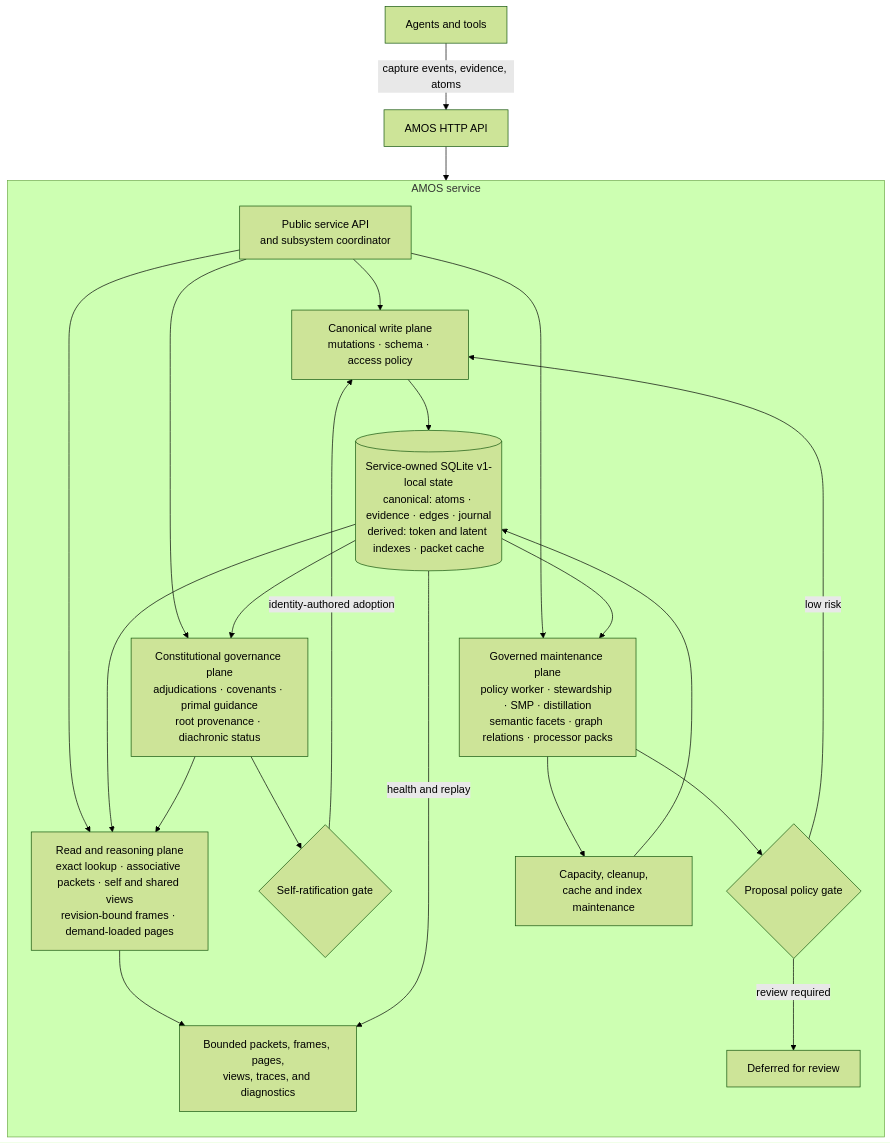
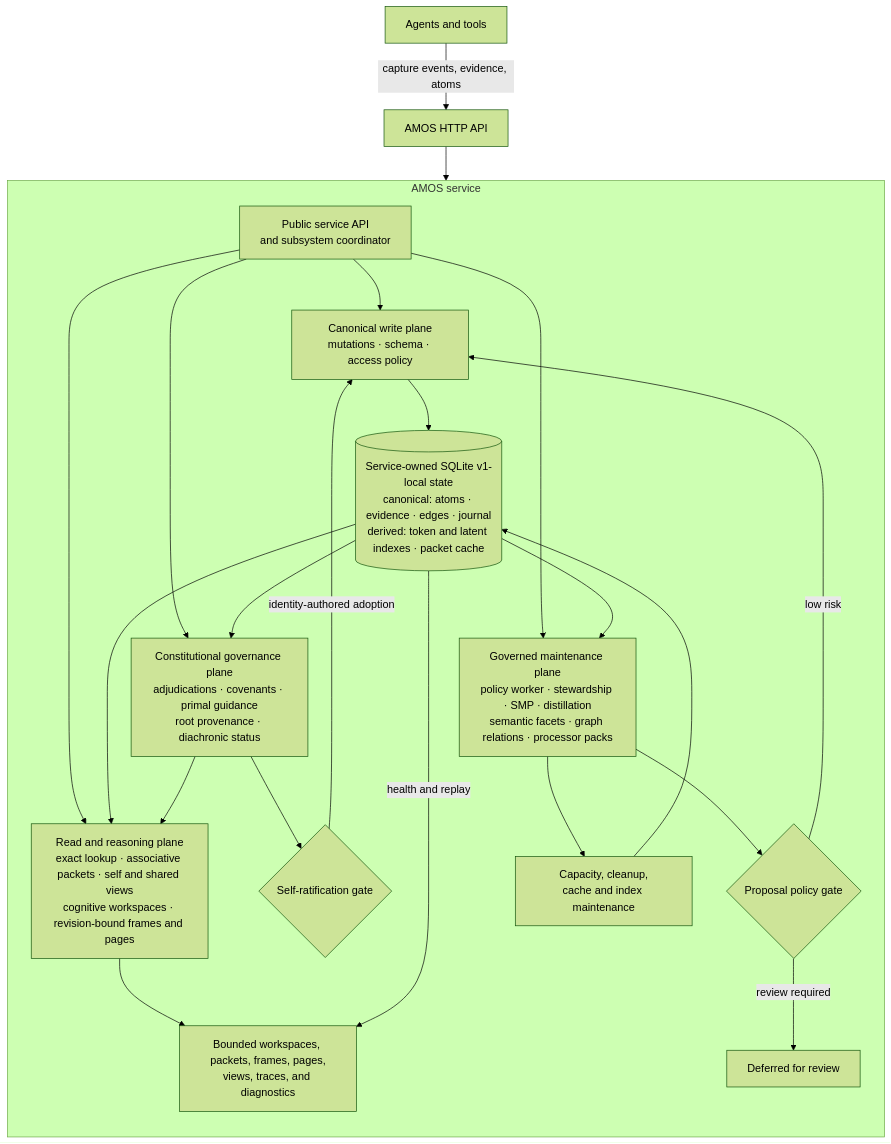
One commit to adegany/amos changed the diagram in README.md. Above: the diagram before and after it, drawn with Mermaid (forest theme). The commit also changed other lines of this file and 26 other files, not shown here.

````diff
--- a/README.md
+++ b/README.md
@@ -23,35 +23,35 @@
 ```mermaid
 flowchart TB
     A[Agents and tools] -->|capture events, evidence, atoms| H[AMOS HTTP API]
     H --> F
 
     subgraph AMOS[AMOS service]
         direction TB
         F[Public service API<br/>and subsystem coordinator]
         W[Canonical write plane<br/>mutations · schema · access policy]
         S[(Service-owned SQLite v1-local state<br/>canonical: atoms · evidence · edges · journal<br/>derived: token and latent indexes · packet cache)]
-        R[Read and reasoning plane<br/>exact lookup · associative packets · self and shared views<br/>revision-bound frames · demand-loaded pages]
-        O[Bounded packets, frames, pages,<br/>views, traces, and diagnostics]
+        R[Read and reasoning plane<br/>exact lookup · associative packets · self and shared views<br/>cognitive workspaces · revision-bound frames and pages]
+        O[Bounded workspaces, packets, frames, pages,<br/>views, traces, and diagnostics]
         M[Governed maintenance plane<br/>policy worker · stewardship · SMP · distillation<br/>semantic facets · graph relations · processor packs]
         G{Proposal policy gate}
         K[Constitutional governance plane<br/>adjudications · covenants · primal guidance<br/>root provenance · diachronic status]
         Q{Self-ratification gate}
         D[Deferred for review]
         C[Capacity, cleanup,<br/>cache and index maintenance]
 
         F --> W --> S
         F --> R
         S --> R --> O
         F --> M
         F --> K
         S --> K --> Q
         Q -->|identity-authored adoption| W
         K --> R
         S --> M --> G
         G -->|low risk| W
         G -->|review required| D
         M --> C --> S
         S -->|health and replay| O
     end
 
 ```
````
